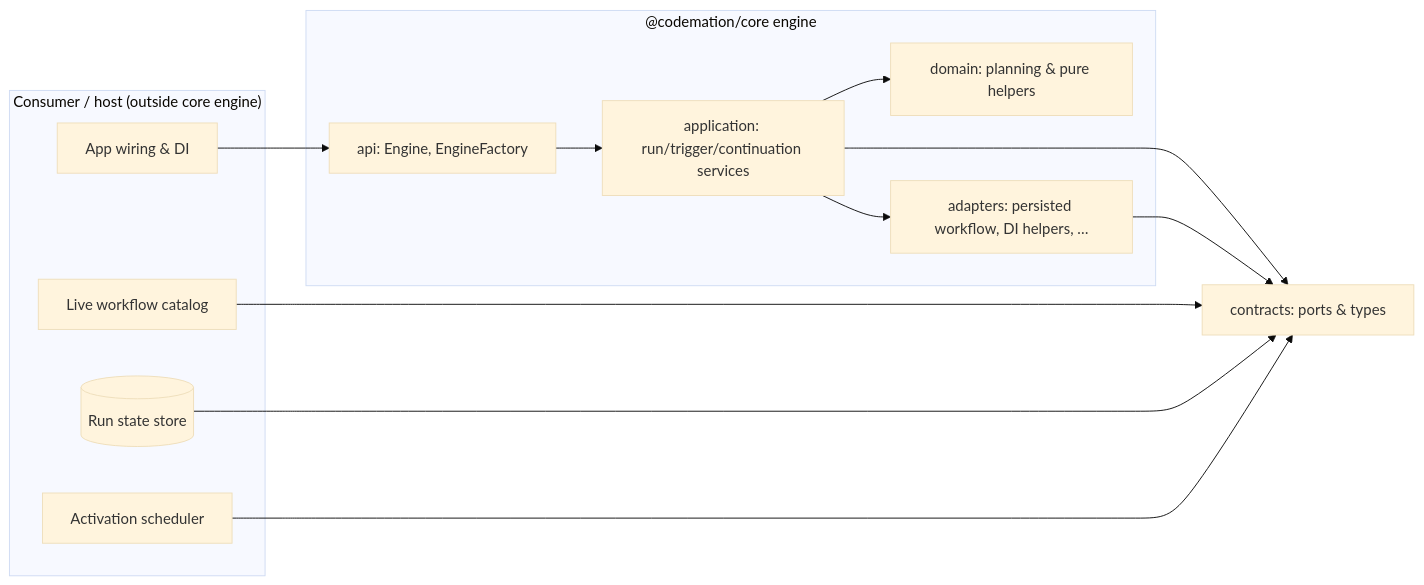
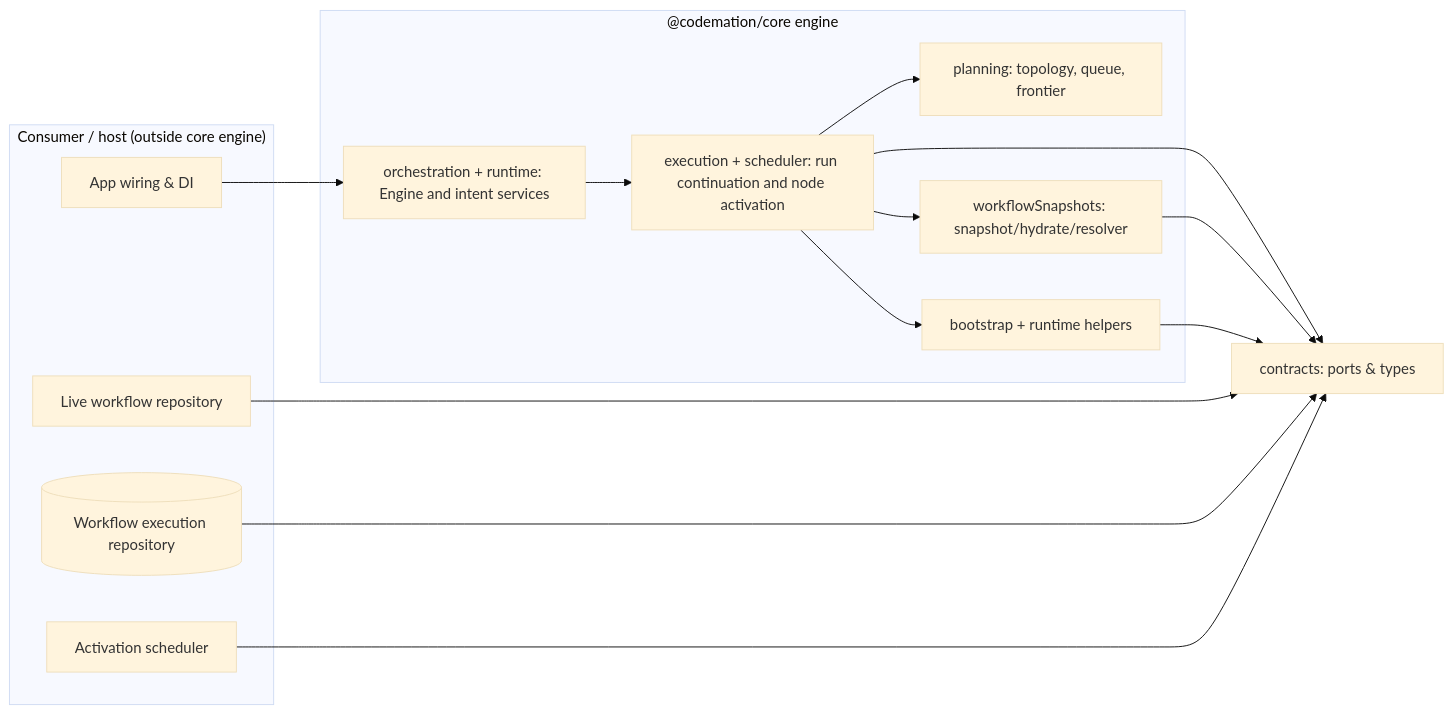
One commit to MadeRelevant/codemation changed the diagram in docs/engine/architecture.md. Above: the diagram before and after it, drawn with Mermaid (base theme). The commit also changed other lines of this file and 278 other files, not shown here.

````diff
--- a/docs/engine/architecture.md
+++ b/docs/engine/architecture.md
@@ -37,28 +37,31 @@
 ```mermaid
 flowchart LR
   subgraph Host["Consumer / host (outside core engine)"]
     App[App wiring & DI]
-    Catalog[Live workflow catalog]
-    Store[(Run state store)]
+    Catalog[Live workflow repository]
+    Store[(Workflow execution repository)]
     Queue[Activation scheduler]
   end
 
   subgraph CoreEngine["@codemation/core engine"]
-    API["api: Engine, EngineFactory"]
-    APP["application: run/trigger/continuation services"]
-    DOM["domain: planning & pure helpers"]
-    ADP["adapters: persisted workflow, DI helpers, …"]
+    API["orchestration + runtime: Engine and intent services"]
+    EXEC["execution + scheduler: run continuation and node activation"]
+    PLAN["planning: topology, queue, frontier"]
+    PERS["workflowSnapshots: snapshot/hydrate/resolver"]
+    ADP["bootstrap + runtime helpers"]
   end
 
   Ports["contracts: ports & types"]
 
   App --> API
-  API --> APP
-  APP --> Ports
-  APP --> DOM
+  API --> EXEC
+  EXEC --> Ports
+  EXEC --> PLAN
+  PERS --> Ports
   ADP --> Ports
-  APP --> ADP
+  EXEC --> PERS
+  EXEC --> ADP
   Catalog --> Ports
   Store --> Ports
   Queue --> Ports
 ```
````
